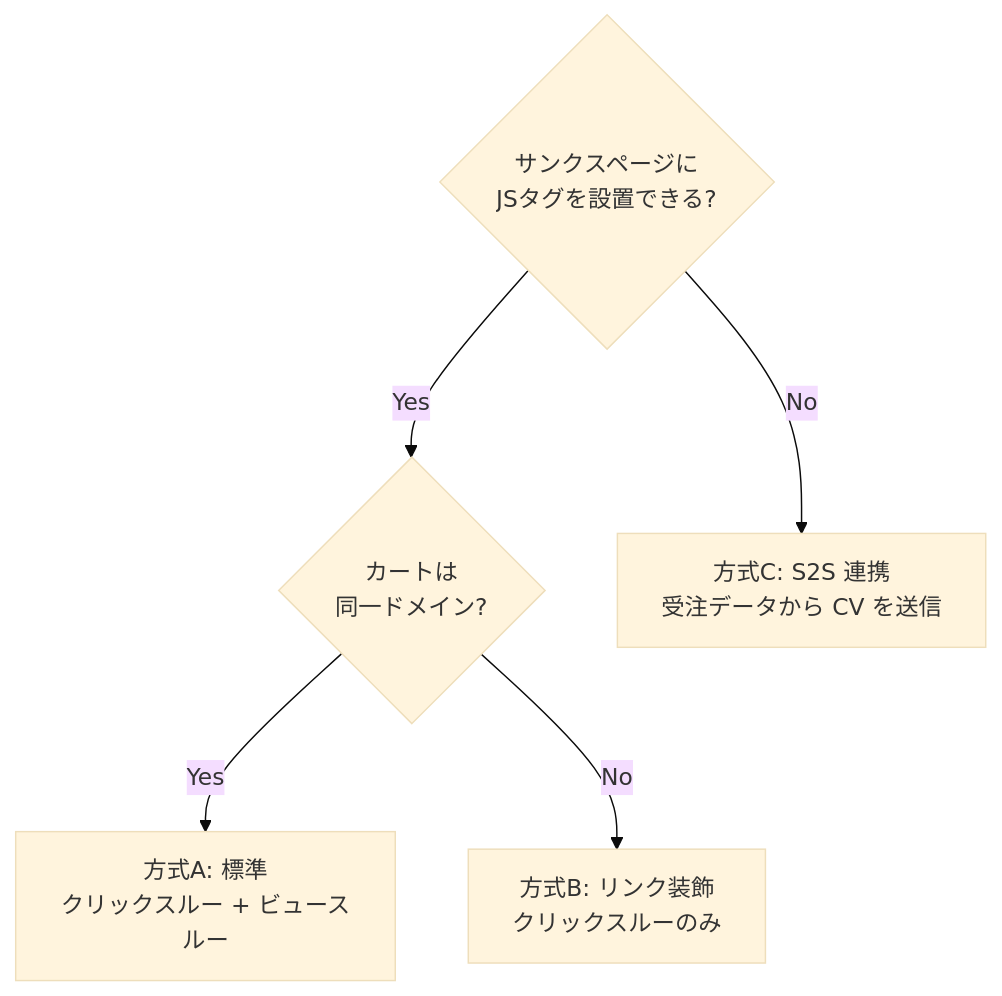
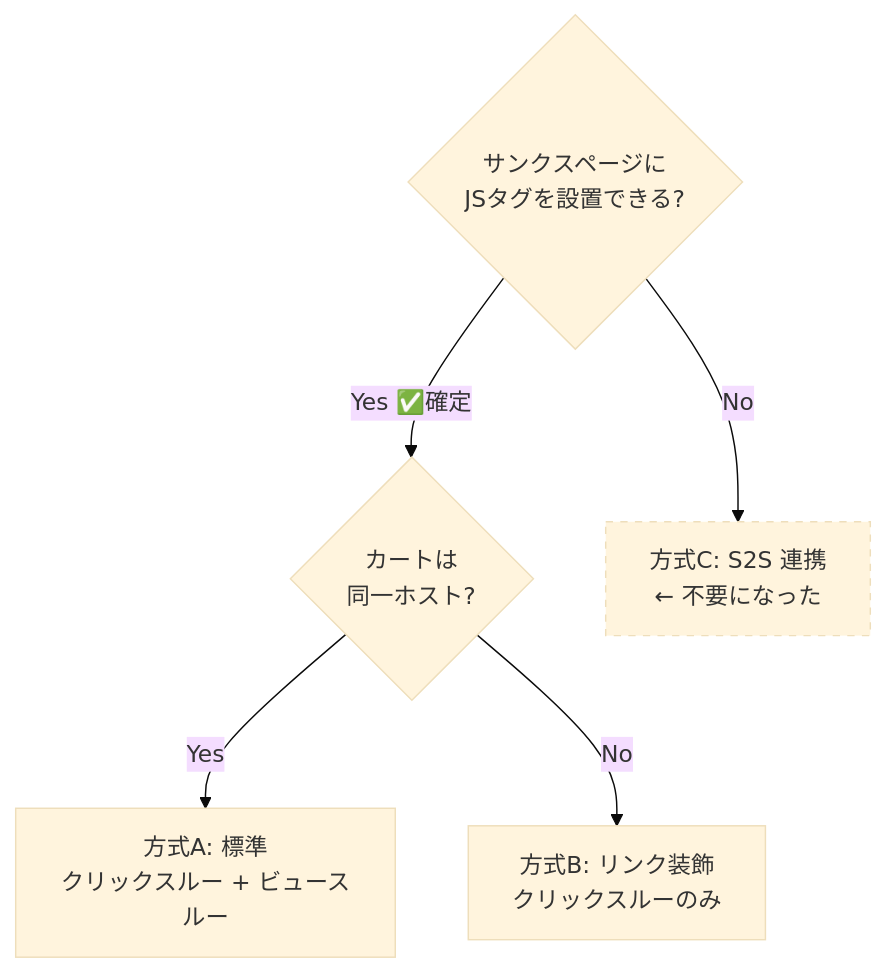
Before and after one commit to t-kamiya-lgtm/popup: the first of 2 diagrams in docs/09-cart-integration.md, drawn with Mermaid (base theme). The commit also changed other lines of this file and 2 other files, not shown here.

````diff
--- a/docs/09-cart-integration.md
+++ b/docs/09-cart-integration.md
@@ -26,7 +65,8 @@
 ```mermaid
 flowchart TD
-  A{サンクスページに<br/>JSタグを設置できる?} -->|Yes| B{カートは<br/>同一ドメイン?}
-  A -->|No| S["方式C: S2S 連携<br/>受注データから CV を送信"]
+  A{"サンクスページに<br/>JSタグを設置できる?"} -->|"Yes ✅確定"| B{"カートは<br/>同一ホスト?"}
+  A -->|No| S["方式C: S2S 連携<br/>← 不要になった"]
   B -->|Yes| C["方式A: 標準<br/>クリックスルー + ビュースルー"]
   B -->|No| D["方式B: リンク装飾<br/>クリックスルーのみ"]
+  style S stroke-dasharray: 5 5
 ```
````
